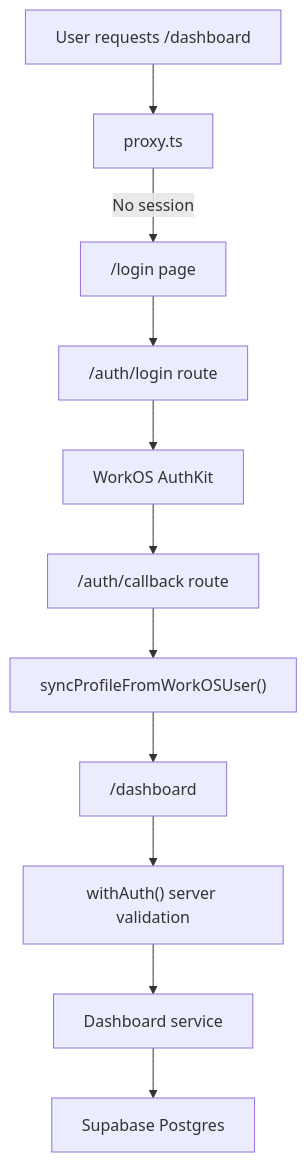
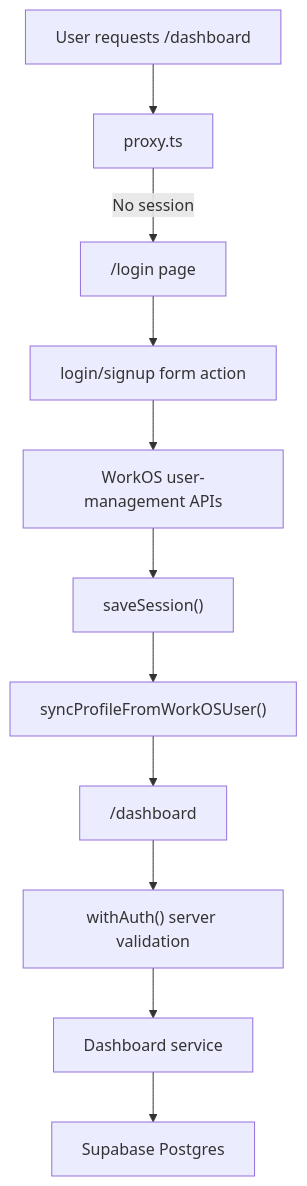
One commit to robertinoc/energycurve changed the diagram in docs/architecture.md. Above: the diagram before and after it, drawn with Mermaid. The commit also changed other lines of this file and 15 other files, not shown here.

````diff
--- a/docs/architecture.md
+++ b/docs/architecture.md
@@ -12,13 +12,13 @@
 ```mermaid
 flowchart TD
   A["User requests /dashboard"] --> B["proxy.ts"]
   B -->|No session| C["/login page"]
-  C --> D["/auth/login route"]
-  D --> E["WorkOS AuthKit"]
-  E --> F["/auth/callback route"]
+  C --> D["login/signup form action"]
+  D --> E["WorkOS user-management APIs"]
+  E --> F["saveSession()"]
   F --> G["syncProfileFromWorkOSUser()"]
   G --> H["/dashboard"]
   H --> I["withAuth() server validation"]
   I --> J["Dashboard service"]
   J --> K["Supabase Postgres"]
 ```
````
